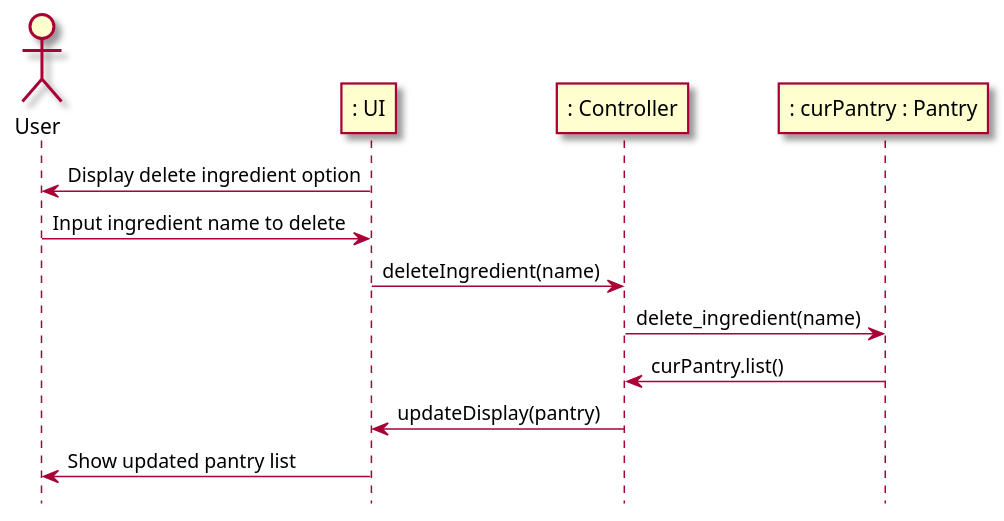
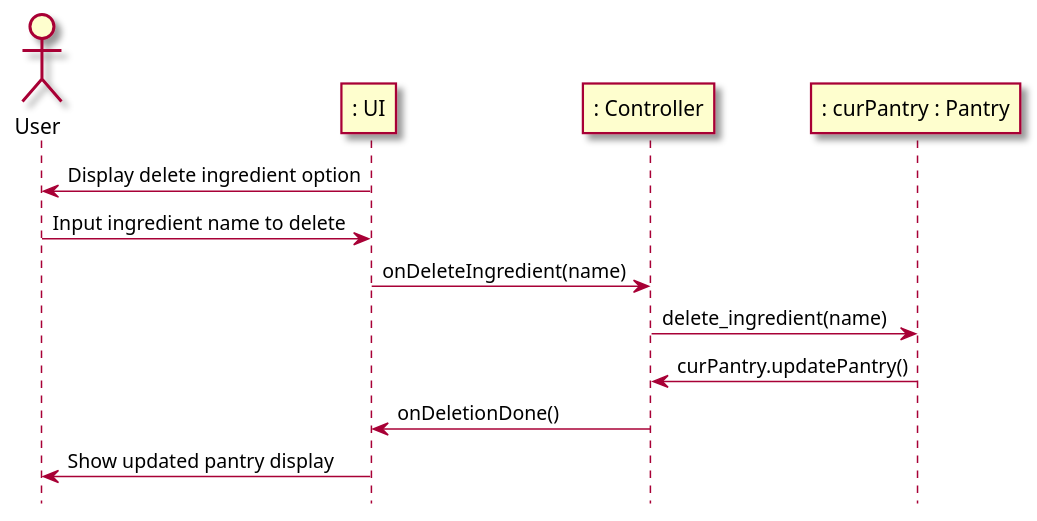
One commit to berthashipper/Pantry-Pal-Android-Application changed the sixth of 8 diagrams in intellij/doc/use-cases/manage_pantry.md. Above: the diagram before and after it, drawn with PlantUML. The commit also changed other lines of this file and 11 other files, not shown here.

Commit message:
Updated sequence diagrams and workflows to reflect real code

`````diff
--- a/intellij/doc/use-cases/manage_pantry.md
+++ b/intellij/doc/use-cases/manage_pantry.md
@@ -181,21 +158,22 @@
 ```plantuml
 @startuml
 skin rose
 
 hide footbox
 
 actor User as user
 participant ": UI" as ui
-participant ": Controller"  as cont
+participant ": Controller" as cont
 participant ": curPantry : Pantry" as pantry
 
 ui -> user : Display delete ingredient option
 user -> ui : Input ingredient name to delete
-ui -> cont : deleteIngredient(name)
+ui -> cont : onDeleteIngredient(name)
 cont -> pantry : delete_ingredient(name)
-pantry -> cont : curPantry.list()
-cont -> ui : updateDisplay(pantry)
-ui -> user : Show updated pantry list
+pantry -> cont : curPantry.updatePantry()
+cont -> ui : onDeletionDone()
+ui -> user : Show updated pantry display
 
 @enduml
+
 ````
`````
